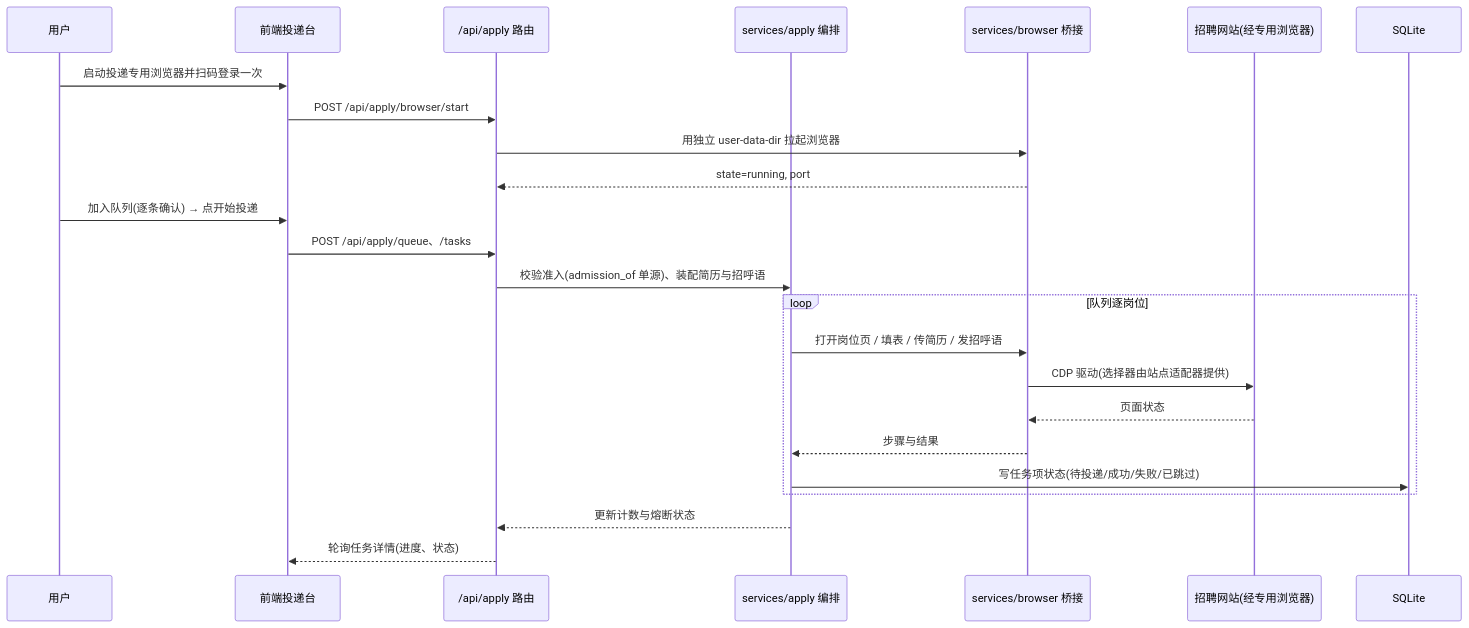
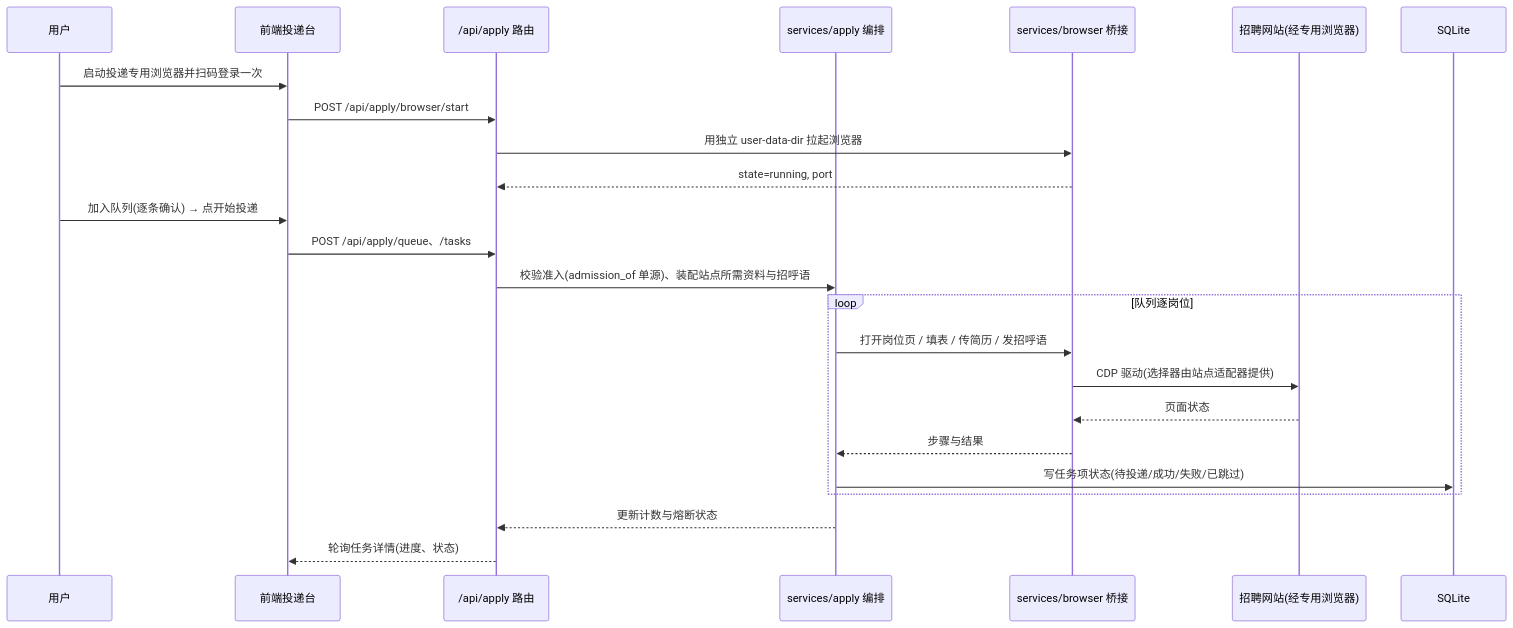
One commit to Magicapple-Coder/ResumeForge changed the fifth of 5 diagrams in docs/architecture.md. Above: the diagram before and after it, drawn with Mermaid. The commit also changed other lines of this file and 193 other files, not shown here.

````diff
--- a/docs/architecture.md
+++ b/docs/architecture.md
@@ -255,27 +256,27 @@
 ```mermaid
 sequenceDiagram
     participant U as 用户
     participant F as 前端投递台
     participant A as /api/apply 路由
     participant S as services/apply 编排
     participant B as services/browser 桥接
     participant P as 招聘网站(经专用浏览器)
     participant DB as SQLite
 
     U->>F: 启动投递专用浏览器并扫码登录一次
     F->>A: POST /api/apply/browser/start
     A->>B: 用独立 user-data-dir 拉起浏览器
     B-->>A: state=running, port
     U->>F: 加入队列(逐条确认) → 点开始投递
     F->>A: POST /api/apply/queue、/tasks
-    A->>S: 校验准入(admission_of 单源)、装配简历与招呼语
+    A->>S: 校验准入(admission_of 单源)、装配站点所需资料与招呼语
     loop 队列逐岗位
         S->>B: 打开岗位页 / 填表 / 传简历 / 发招呼语
         B->>P: CDP 驱动(选择器由站点适配器提供)
         P-->>B: 页面状态
         B-->>S: 步骤与结果
         S->>DB: 写任务项状态(待投递/成功/失败/已跳过)
     end
     S-->>A: 更新计数与熔断状态
     A-->>F: 轮询任务详情(进度、状态)
 ```
````
